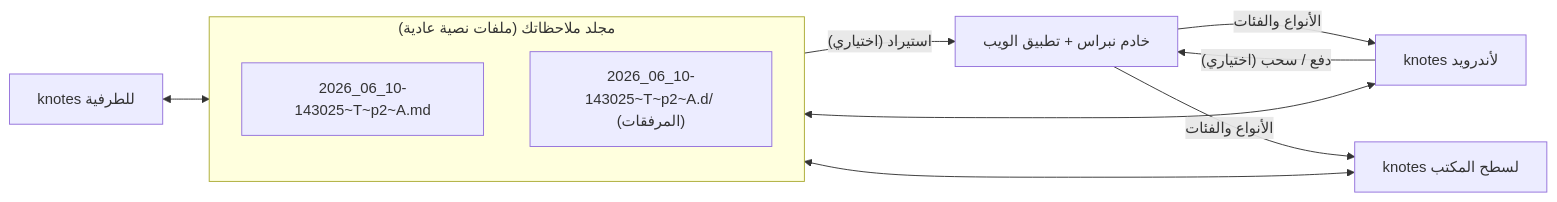
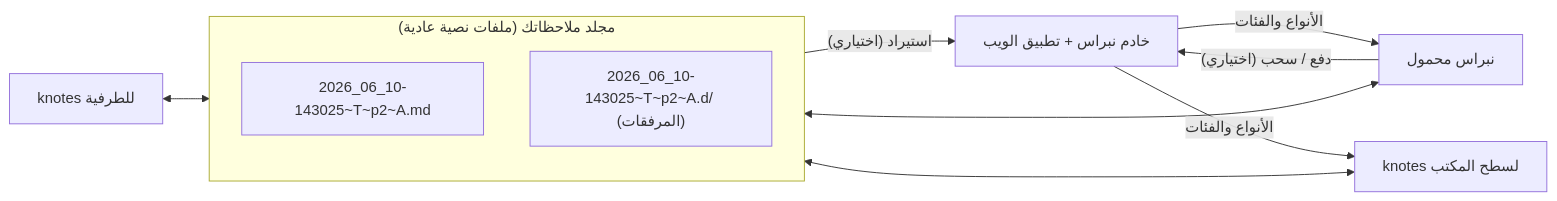
One commit to mhm-fakih/nibras-pim changed the diagram in docs/src/concepts/index.ar.md. Above: the diagram before and after it, drawn with Mermaid. The commit also changed 196 other files, not shown here.

````diff
--- a/docs/src/concepts/index.ar.md
+++ b/docs/src/concepts/index.ar.md
@@ -6,14 +6,14 @@
 ```mermaid
 flowchart LR
     subgraph folder["مجلد ملاحظاتك (ملفات نصية عادية)"]
         N["2026_06_10-143025~T~p2~A.md"]
         D["2026_06_10-143025~T~p2~A.d/ (المرفقات)"]
     end
-    Phone["knotes لأندرويد"] <--> folder
+    Phone["نبراس محمول"] <--> folder
     Desktop["knotes لسطح المكتب"] <--> folder
     Term["knotes للطرفية"] <--> folder
     folder -- "استيراد (اختياري)" --> Server["خادم نبراس + تطبيق الويب"]
     Phone -- "دفع / سحب (اختياري)" --> Server
     Server -- "الأنواع والفئات" --> Phone
     Server -- "الأنواع والفئات" --> Desktop
 ```
````
